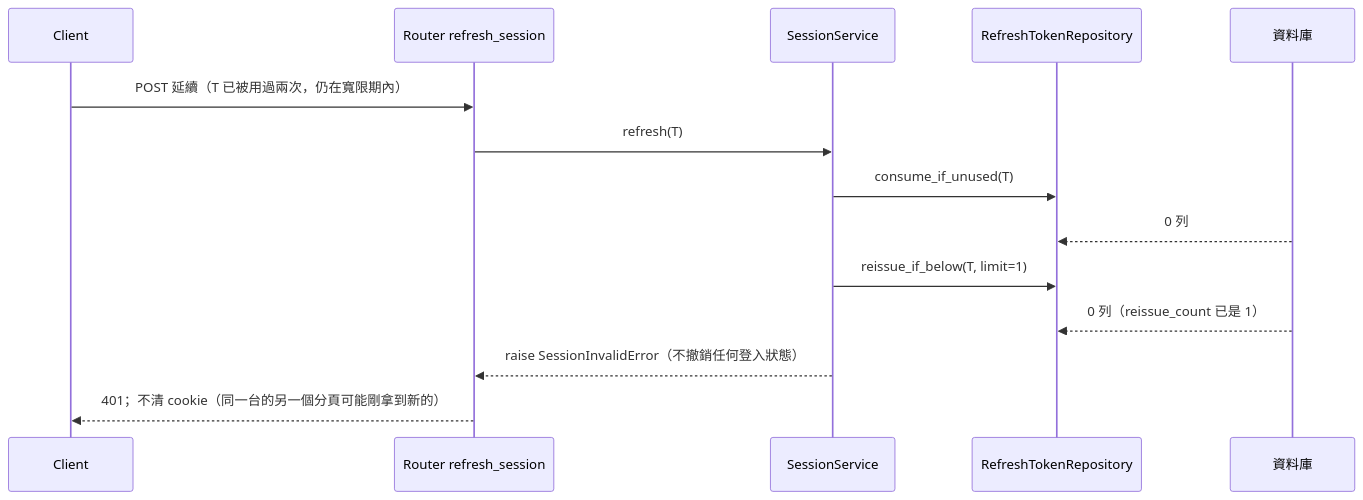
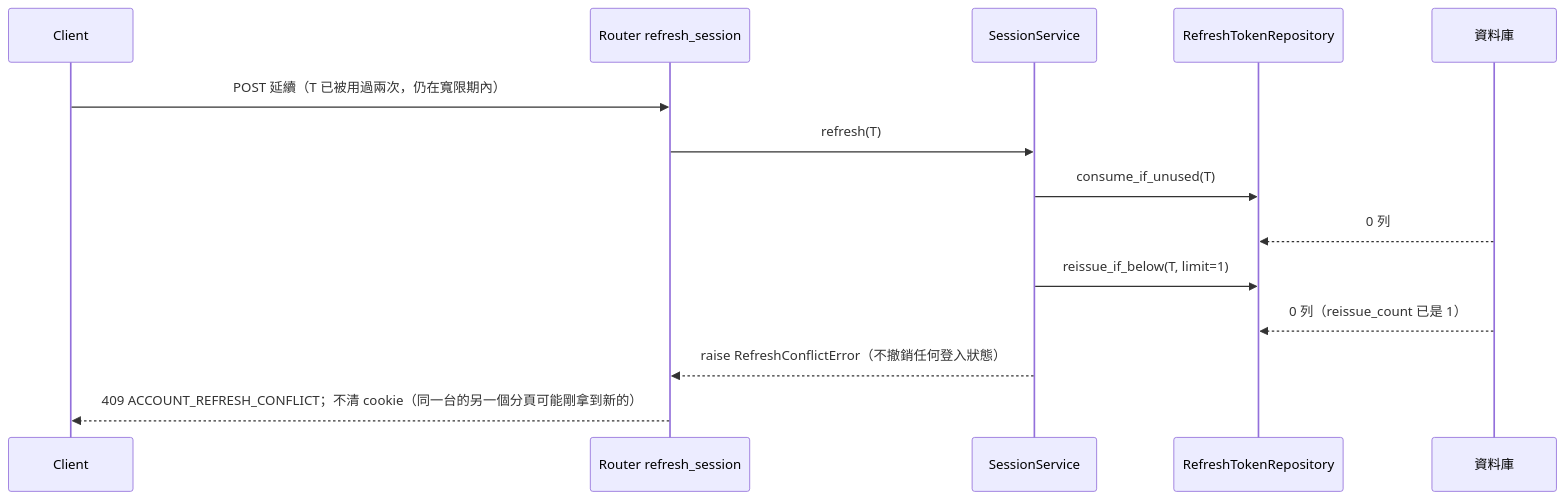
Diagram 26 of 30 in openspec/changes/login-auth-guard/system-design.md (label-suite/label-suite), drawn with Mermaid before and after one commit. The commit also changed other lines of this file and 4 other files, not shown here.

````diff
--- a/openspec/changes/login-auth-guard/system-design.md
+++ b/openspec/changes/login-auth-guard/system-design.md
@@ -907,16 +907,16 @@
 ```mermaid
 sequenceDiagram
   participant C as Client
   participant R as Router refresh_session
   participant S as SessionService
   participant Q as RefreshTokenRepository
   participant DB as 資料庫
   C->>R: POST 延續（T 已被用過兩次，仍在寬限期內）
   R->>S: refresh(T)
   S->>Q: consume_if_unused(T)
   DB-->>Q: 0 列
   S->>Q: reissue_if_below(T, limit=1)
   DB-->>Q: 0 列（reissue_count 已是 1）
-  S-->>R: raise SessionInvalidError（不撤銷任何登入狀態）
-  R-->>C: 401；不清 cookie（同一台的另一個分頁可能剛拿到新的）
+  S-->>R: raise RefreshConflictError（不撤銷任何登入狀態）
+  R-->>C: 409 ACCOUNT_REFRESH_CONFLICT；不清 cookie（同一台的另一個分頁可能剛拿到新的）
 ```
````
